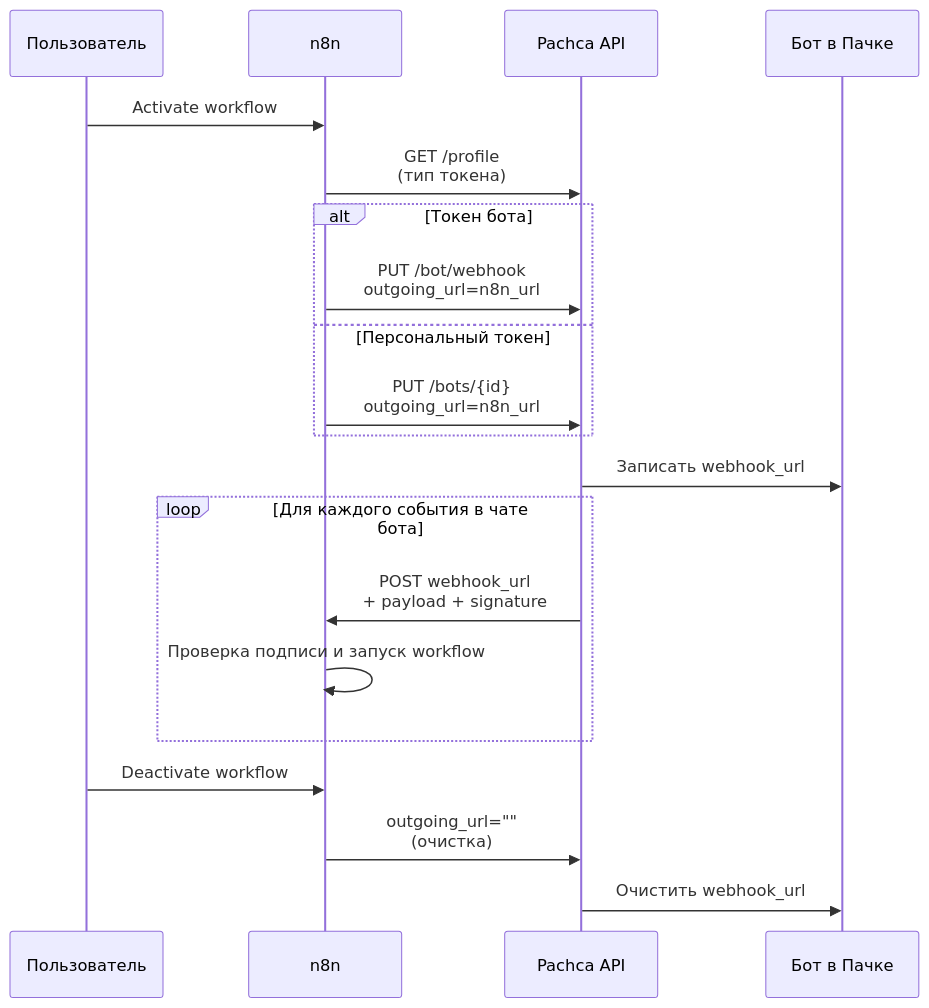
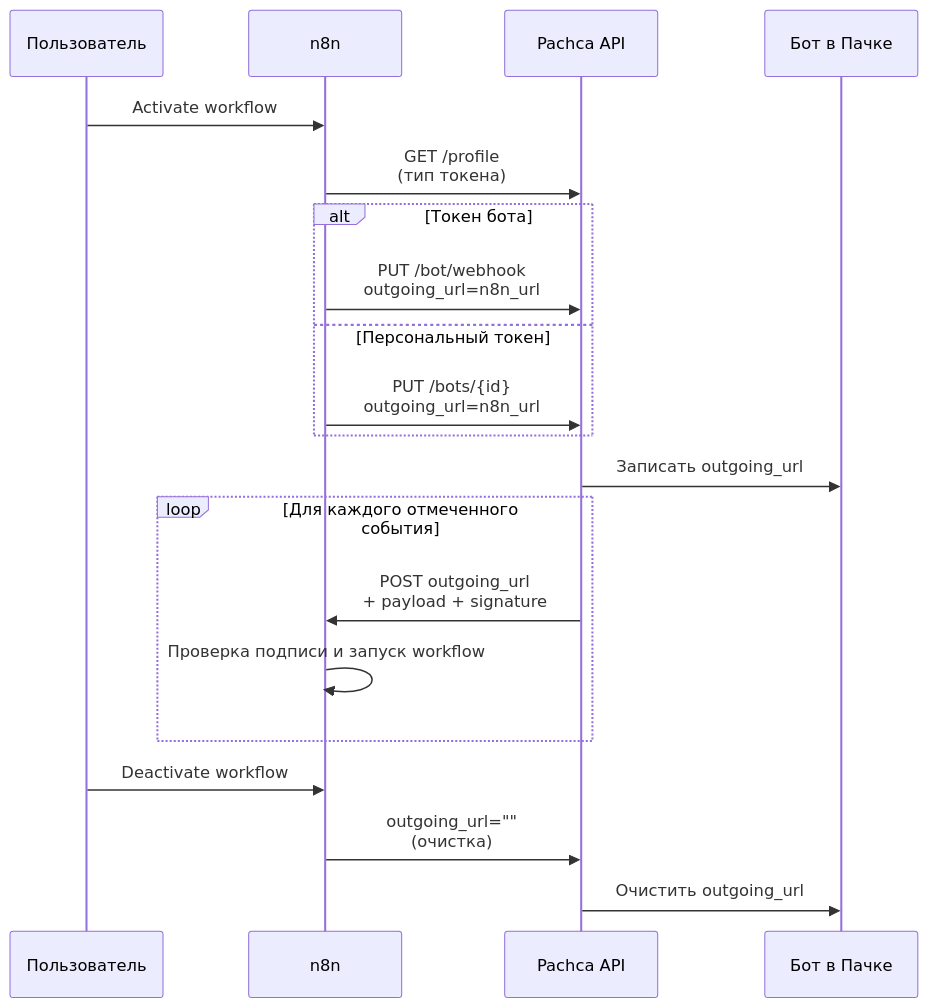
One commit to pachca/openapi changed the diagram in apps/docs/public/guides/n8n/trigger.md. Above: the diagram before and after it, drawn with Mermaid. The commit also changed other lines of this file and 799 other files, not shown here.

````diff
--- a/apps/docs/public/guides/n8n/trigger.md
+++ b/apps/docs/public/guides/n8n/trigger.md
@@ -168,25 +199,25 @@
 ```mermaid
 sequenceDiagram
     participant User as Пользователь
     participant n8n
     participant Pachca as Pachca API
     participant Bot as Бот в Пачке
 
     User->>n8n: Activate workflow
     n8n->>Pachca: GET /profile<br/>(тип токена)
     alt Токен бота
         n8n->>Pachca: PUT /bot/webhook<br/>outgoing_url=n8n_url
     else Персональный токен
         n8n->>Pachca: PUT /bots/{id}<br/>outgoing_url=n8n_url
     end
-    Pachca->>Bot: Записать webhook_url
+    Pachca->>Bot: Записать outgoing_url
 
-    loop Для каждого события в чате бота
-        Pachca->>n8n: POST webhook_url<br/>+ payload + signature
+    loop Для каждого отмеченного события
+        Pachca->>n8n: POST outgoing_url<br/>+ payload + signature
         n8n->>n8n: Проверка подписи и запуск workflow
     end
 
     User->>n8n: Deactivate workflow
     n8n->>Pachca: outgoing_url=""<br/>(очистка)
-    Pachca->>Bot: Очистить webhook_url
+    Pachca->>Bot: Очистить outgoing_url
 ```
````
